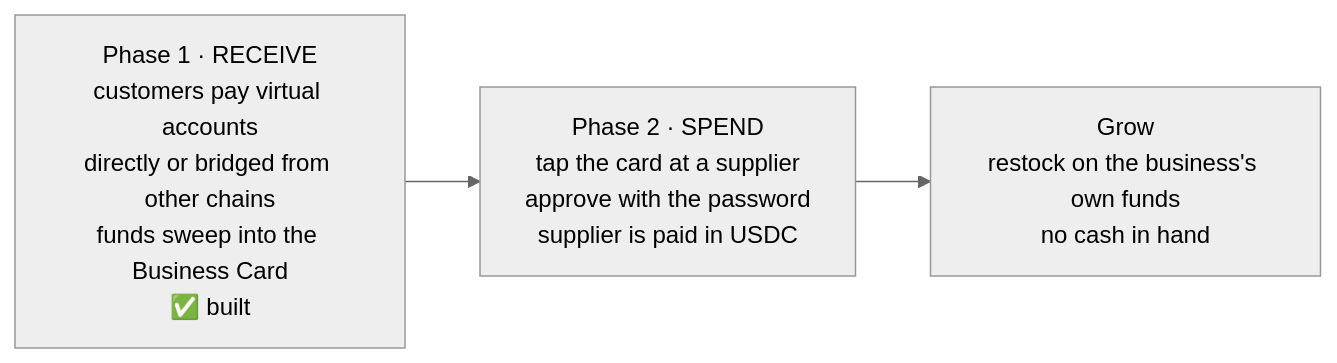
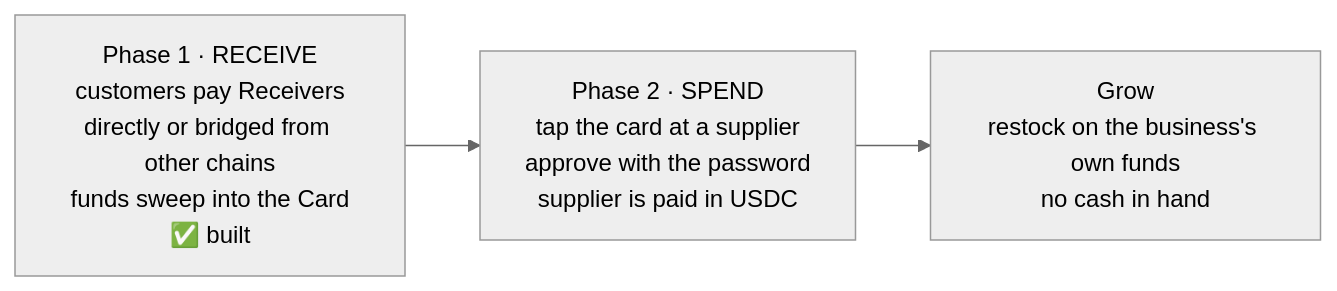
Before and after one commit to mitmelon/zionmatrix-arc: the fifth of 5 diagrams in README.md, drawn with Mermaid (neutral theme). The commit also changed other lines of this file, not shown here.

````diff
--- a/README.md
+++ b/README.md
@@ -382,5 +395,5 @@
 ```mermaid
 flowchart LR
-    R["Phase 1 · RECEIVE<br/>customers pay virtual accounts<br/>directly or bridged from other chains<br/>funds sweep into the Business Card<br/>✅ built"] --> S["Phase 2 · SPEND<br/>tap the card at a supplier<br/>approve with the password<br/>supplier is paid in USDC"]
+    R["Phase 1 · RECEIVE<br/>customers pay Receivers<br/>directly or bridged from other chains<br/>funds sweep into the Card<br/>✅ built"] --> S["Phase 2 · SPEND<br/>tap the card at a supplier<br/>approve with the password<br/>supplier is paid in USDC"]
     S --> G["Grow<br/>restock on the business's own funds<br/>no cash in hand"]
 ```
````
